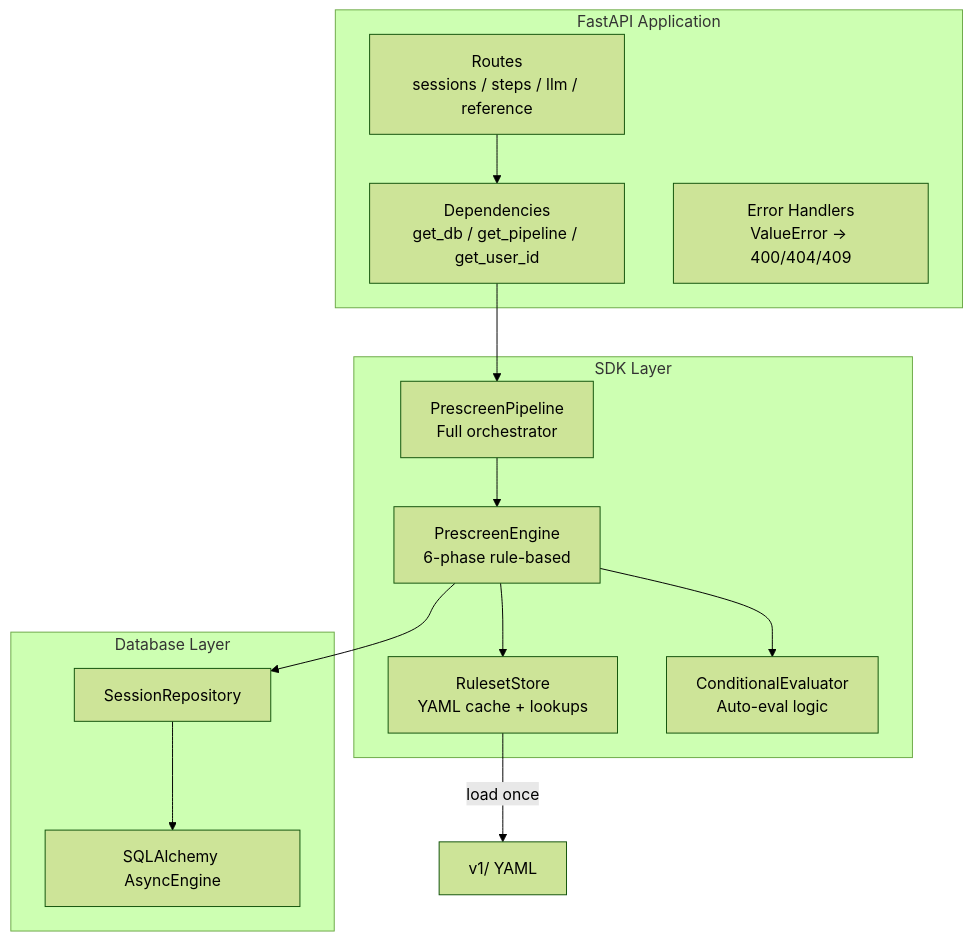
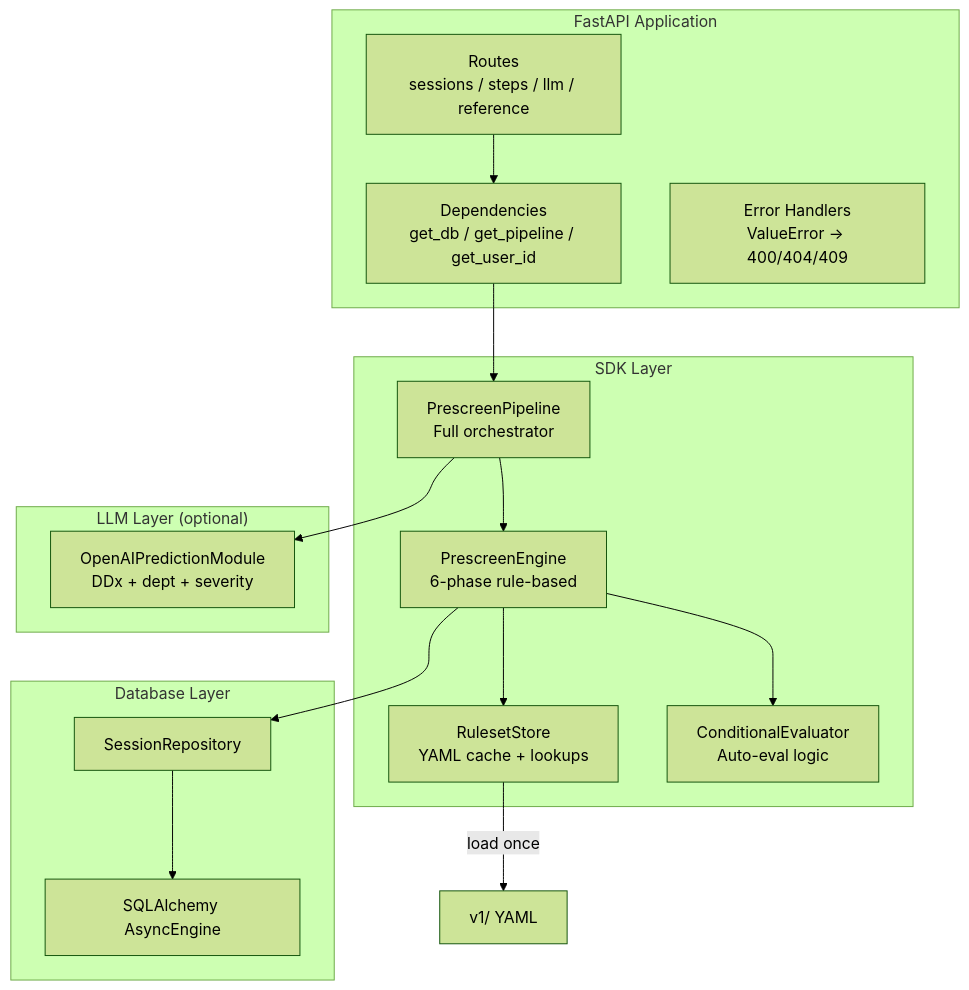
Before and after one commit to vistec-AI/thaillm-prescreen-rulesets: the second of 3 diagrams in src/prescreen_server/docs/architecture.md, drawn with Mermaid (forest theme). The commit also changed 2 other files, not shown here.

````diff
--- a/src/prescreen_server/docs/architecture.md
+++ b/src/prescreen_server/docs/architecture.md
@@ -21,29 +21,34 @@
 ```mermaid
 graph TB
     subgraph "FastAPI Application"
         Routes[Routes<br/>sessions / steps / llm / reference]
         Deps[Dependencies<br/>get_db / get_pipeline / get_user_id]
         Errors[Error Handlers<br/>ValueError → 400/404/409]
     end
 
     subgraph "SDK Layer"
         Pipeline[PrescreenPipeline<br/>Full orchestrator]
         Engine[PrescreenEngine<br/>6-phase rule-based]
         Store[RulesetStore<br/>YAML cache + lookups]
         Evaluator[ConditionalEvaluator<br/>Auto-eval logic]
     end
 
+    subgraph "LLM Layer (optional)"
+        Predictor[OpenAIPredictionModule<br/>DDx + dept + severity]
+    end
+
     subgraph "Database Layer"
         Repo[SessionRepository]
         DBEngine[SQLAlchemy AsyncEngine]
     end
 
     Routes --> Deps
     Deps --> Pipeline
     Pipeline --> Engine
+    Pipeline --> Predictor
     Engine --> Store
     Engine --> Evaluator
     Engine --> Repo
     Repo --> DBEngine
     Store -->|load once| YAML[v1/ YAML]
 ```
````
